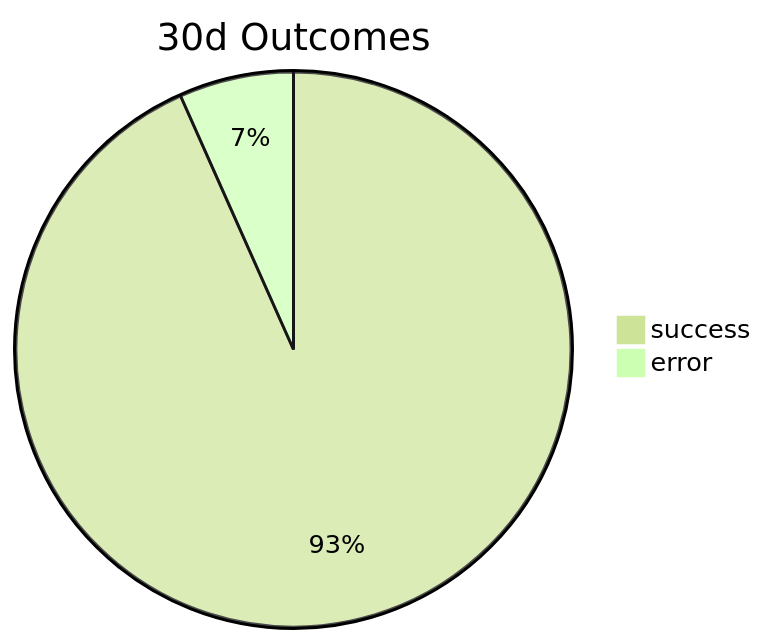
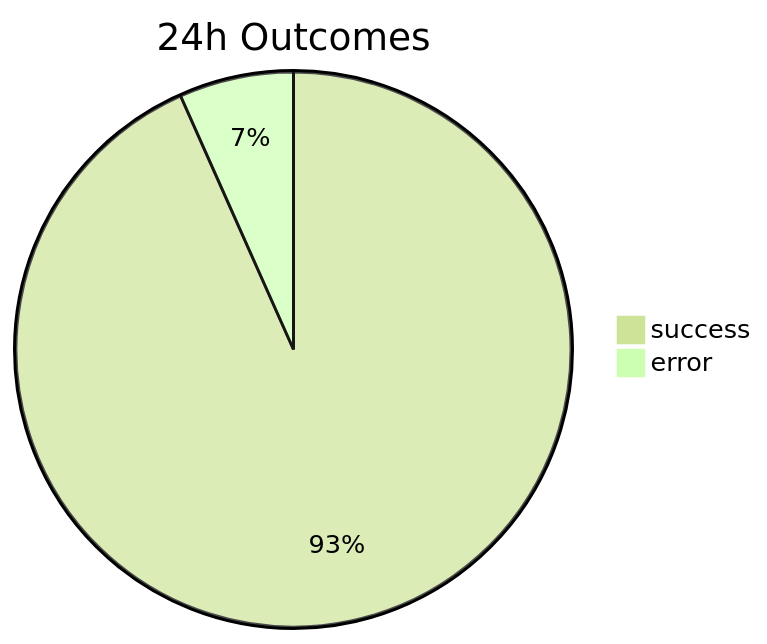
Before and after one commit to iog-creator/Gemantria: the diagram in docs/atlas/kpis.mmd, drawn with Mermaid (forest theme). The commit also changed 19 other files, not shown here.

```diff
--- a/docs/atlas/kpis.mmd
+++ b/docs/atlas/kpis.mmd
@@ -1,4 +1,4 @@
-%% generated (HINT) 2025-11-10T20:22:27Z
-pie title 30d Outcomes
+%% generated (HINT) 2025-11-10T20:42:09Z
+pie title 24h Outcomes
   "success" : 42
   "error"   : 3
```
